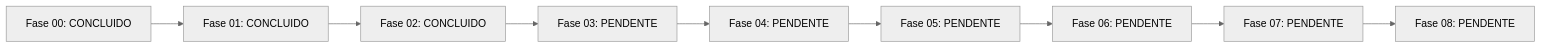
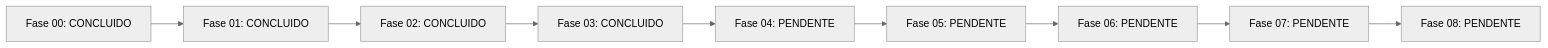
The diagram in JORNADA_IMPLEMENTACAO.md (jhsfhtls/dbt-dataops-governance-engine), drawn with Mermaid (neutral theme) before and after one commit. The commit also changed other lines of this file and 9 other files, not shown here.

````diff
--- a/JORNADA_IMPLEMENTACAO.md
+++ b/JORNADA_IMPLEMENTACAO.md
@@ -24,20 +24,20 @@
 ```mermaid
 flowchart LR
     P00["Fase 00: CONCLUIDO"]
     P01["Fase 01: CONCLUIDO"]
     P02["Fase 02: CONCLUIDO"]
-    P03["Fase 03: PENDENTE"]
+    P03["Fase 03: CONCLUIDO"]
     P04["Fase 04: PENDENTE"]
     P05["Fase 05: PENDENTE"]
     P06["Fase 06: PENDENTE"]
     P07["Fase 07: PENDENTE"]
     P08["Fase 08: PENDENTE"]
     P00 --> P01
     P01 --> P02
     P02 --> P03
     P03 --> P04
     P04 --> P05
     P05 --> P06
     P06 --> P07
     P07 --> P08
 ```
````
